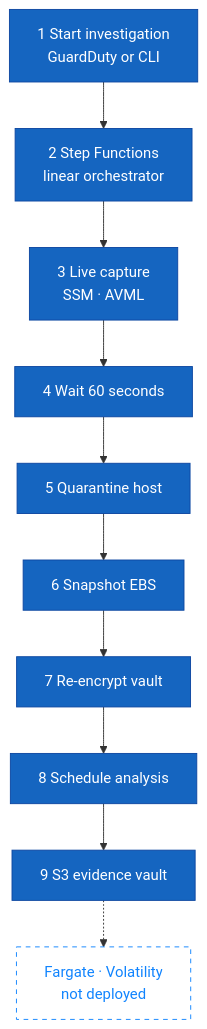
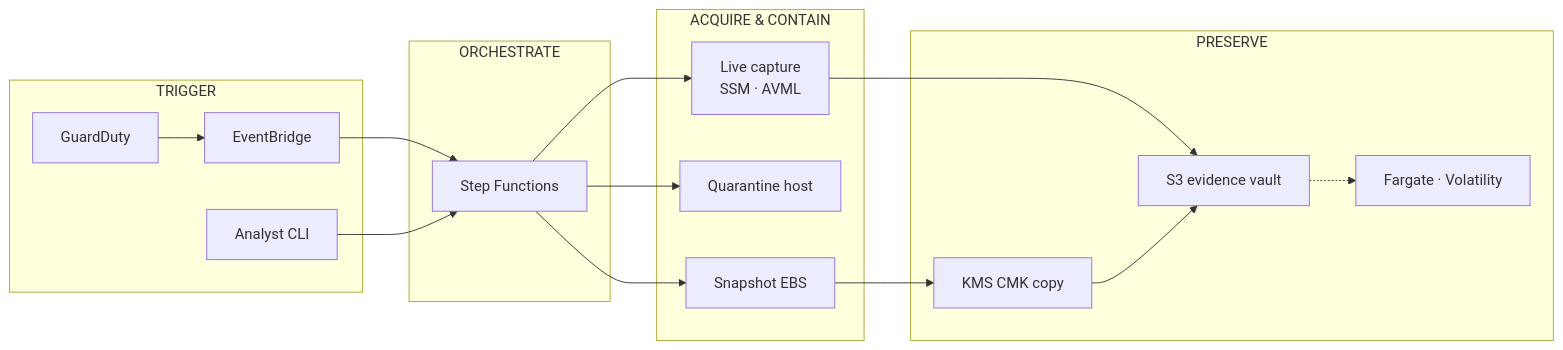
One commit to ritvikindupuri/aws-cloud-dfir changed the diagram in docs/architecture.mmd. Above: the diagram before and after it, drawn with Mermaid. The commit also changed 2 other files, not shown here.

Commit message:
docs: redraw architecture as four left-to-right stage lanes (#3)
Replace the bare vertical list with a landscape figure: TRIGGER,
ORCHESTRATE, ACQUIRE & CONTAIN, and PRESERVE. Numbered orthogonal
arrows follow execution order (including the 60s wait). SSM uploads
and KMS encryption connect into the S3 vault. Optional Fargate /
Volatility is a dashed branch that reads from S3. README steps match
pills 1-8.

```diff
--- a/docs/architecture.mmd
+++ b/docs/architecture.mmd
@@ -1,15 +1,27 @@
-flowchart TD
-  N1["1 Start investigation<br/>GuardDuty or CLI"] --> N2["2 Step Functions<br/>linear orchestrator"]
-  N2 --> N3["3 Live capture<br/>SSM · AVML"]
-  N3 --> N4["4 Wait 60 seconds"]
-  N4 --> N5["5 Quarantine host"]
-  N5 --> N6["6 Snapshot EBS"]
-  N6 --> N7["7 Re-encrypt vault"]
-  N7 --> N8["8 Schedule analysis"]
-  N8 --> N9["9 S3 evidence vault"]
-  N9 -.-> N10["Fargate · Volatility<br/>not deployed"]
-
-  classDef aws fill:#1565C0,color:#fff,stroke:#0D47A1
-  classDef opt fill:#fff,color:#1084FE,stroke:#1084FE,stroke-dasharray: 5 5
-  class N1,N2,N3,N4,N5,N6,N7,N8,N9 aws
-  class N10 opt
+flowchart LR
+  subgraph T["TRIGGER"]
+    GD["GuardDuty"] --> EB["EventBridge"]
+    CLI["Analyst CLI"]
+  end
+  subgraph O["ORCHESTRATE"]
+    SFN["Step Functions"]
+  end
+  subgraph A["ACQUIRE & CONTAIN"]
+    LIVE["Live capture<br/>SSM · AVML"]
+    QUAR["Quarantine host"]
+    SNAP["Snapshot EBS"]
+  end
+  subgraph P["PRESERVE"]
+    S3["S3 evidence vault"]
+    KMS["KMS CMK copy"]
+    FV["Fargate · Volatility"]
+  end
+  EB --> SFN
+  CLI --> SFN
+  SFN --> LIVE
+  LIVE --> S3
+  SFN --> QUAR
+  SFN --> SNAP
+  SNAP --> KMS
+  KMS --> S3
+  S3 -.-> FV
```
